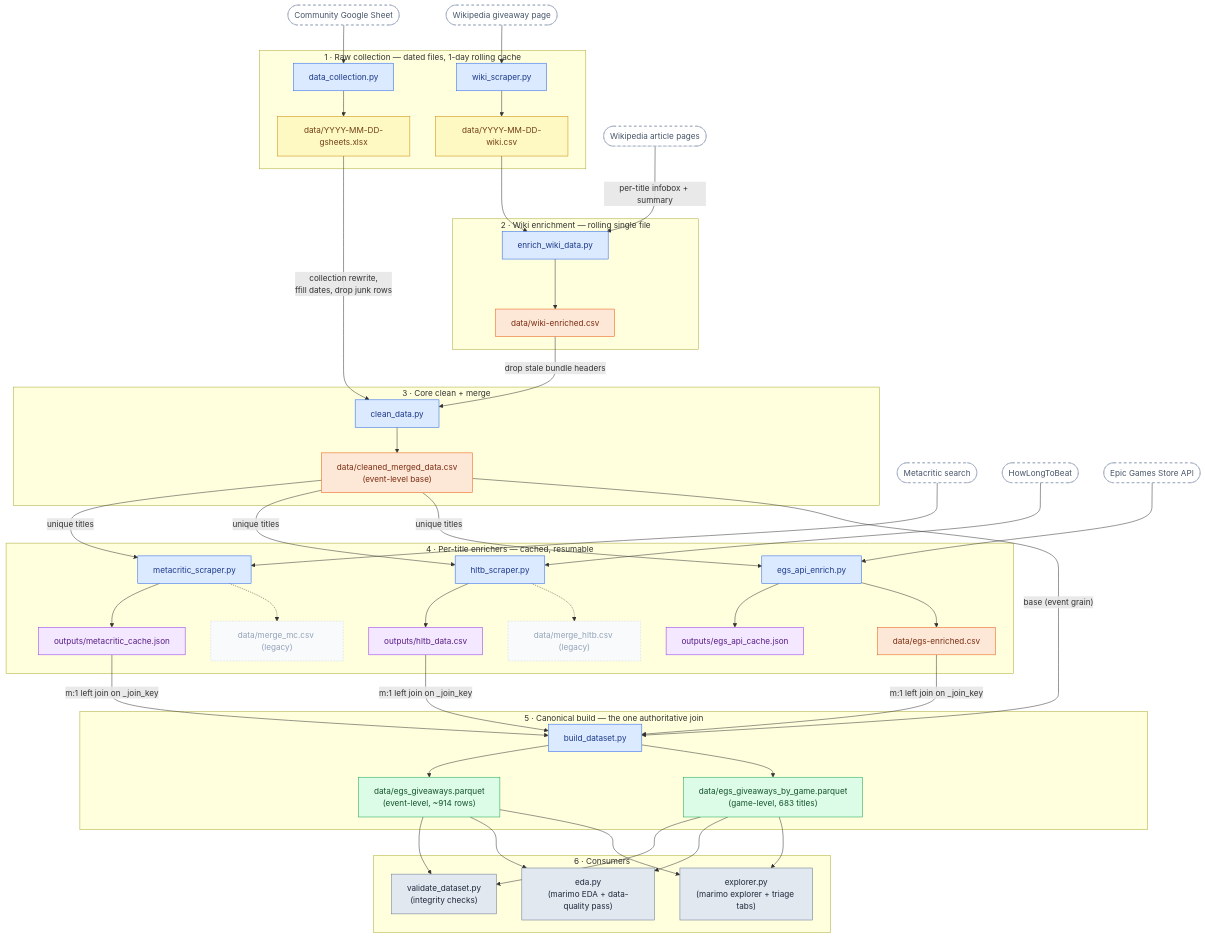
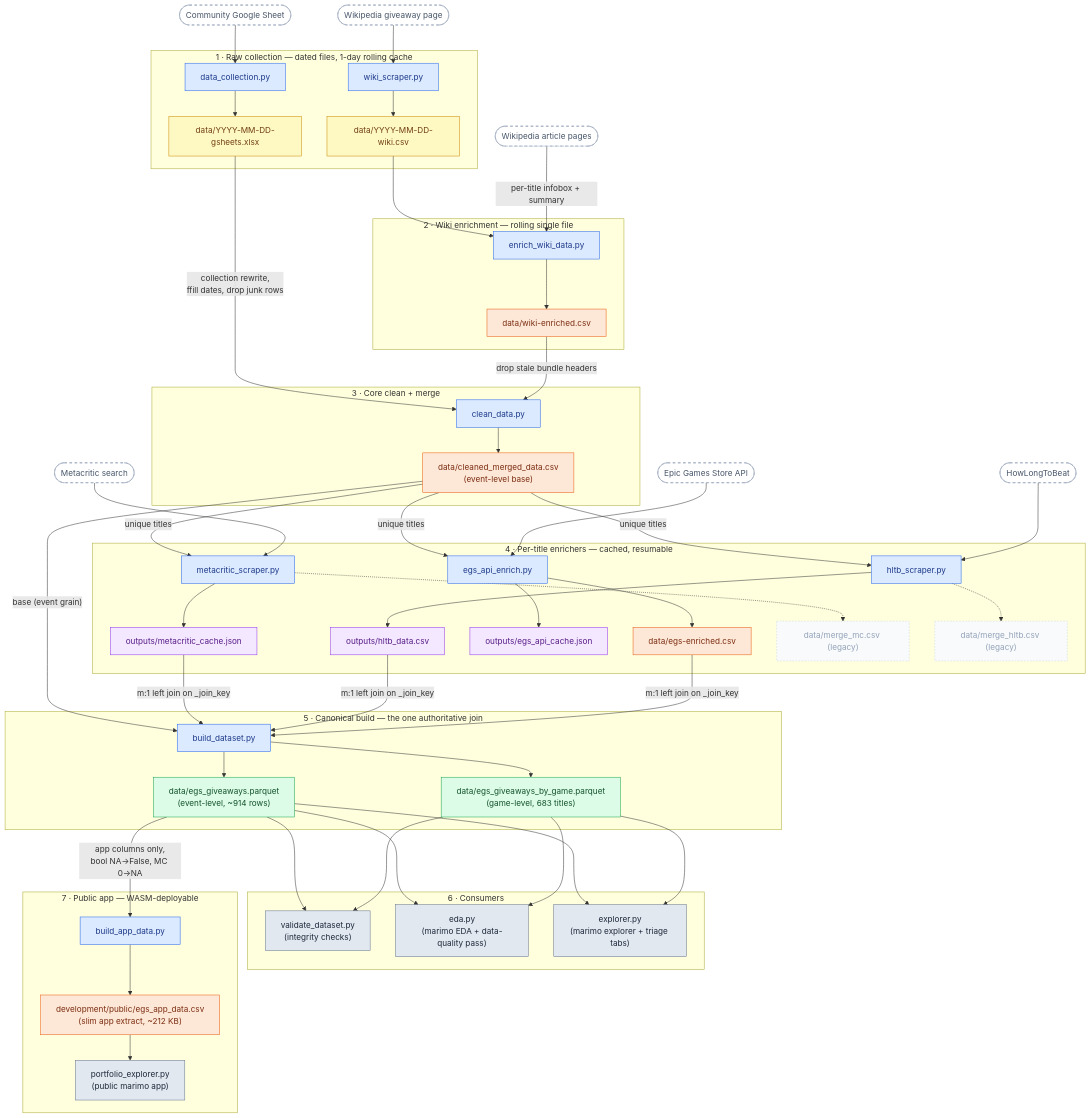
Before and after one commit to dylanbay11/EGS_project: the diagram in DIAGRAM.md, drawn with Mermaid. The commit also changed other lines of this file and 6 other files, not shown here.

````diff
--- a/DIAGRAM.md
+++ b/DIAGRAM.md
@@ -111,4 +111,14 @@
     GM --> VD
     GM --> EDA
     GM --> EXP
+
+    %% ── stage 7: public app ──────────────────────────────────
+    subgraph S7["7 · Public app — WASM-deployable"]
+        BAD["build_app_data.py"]:::script
+        APPCSV["development/public/egs_app_data.csv<br>(slim app extract, ~212 KB)"]:::mid
+        PEXP["portfolio_explorer.py<br>(public marimo app)"]:::consumer
+        BAD --> APPCSV
+        APPCSV --> PEXP
+    end
+    EV -- "app columns only,<br>bool NA→False, MC 0→NA" --> BAD
 ```
````
